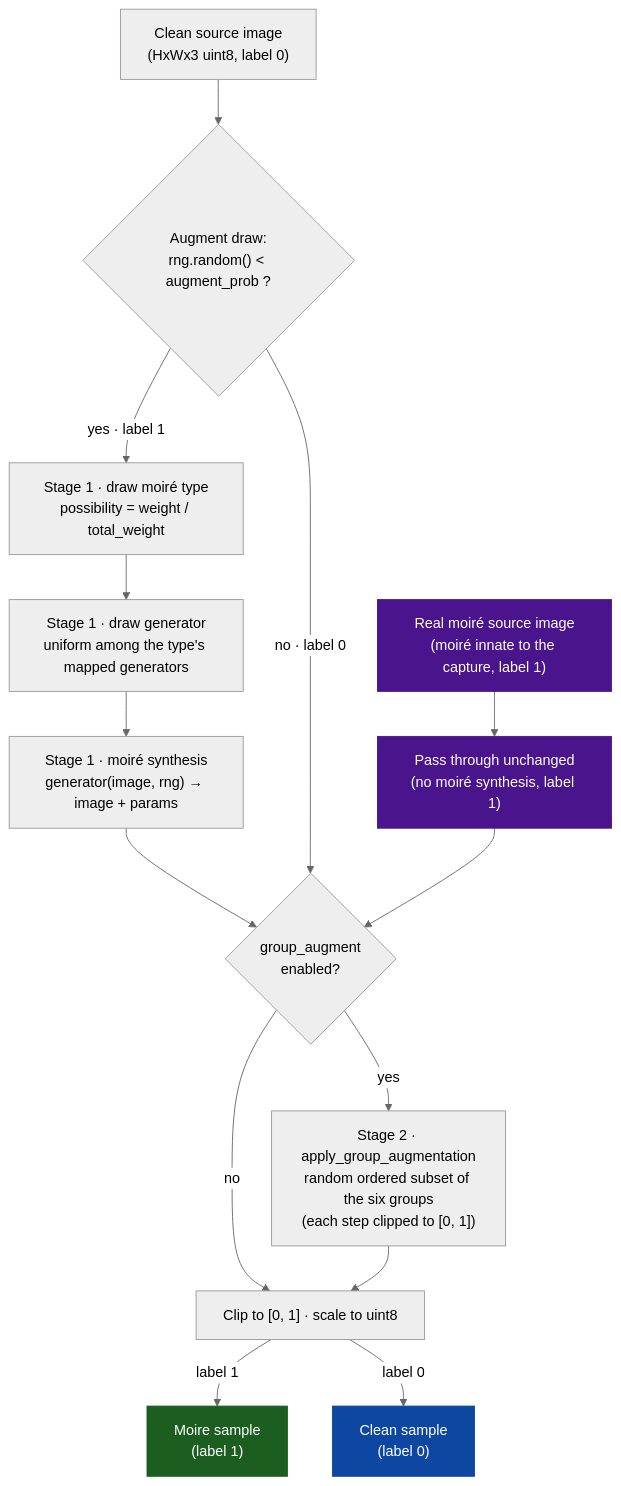
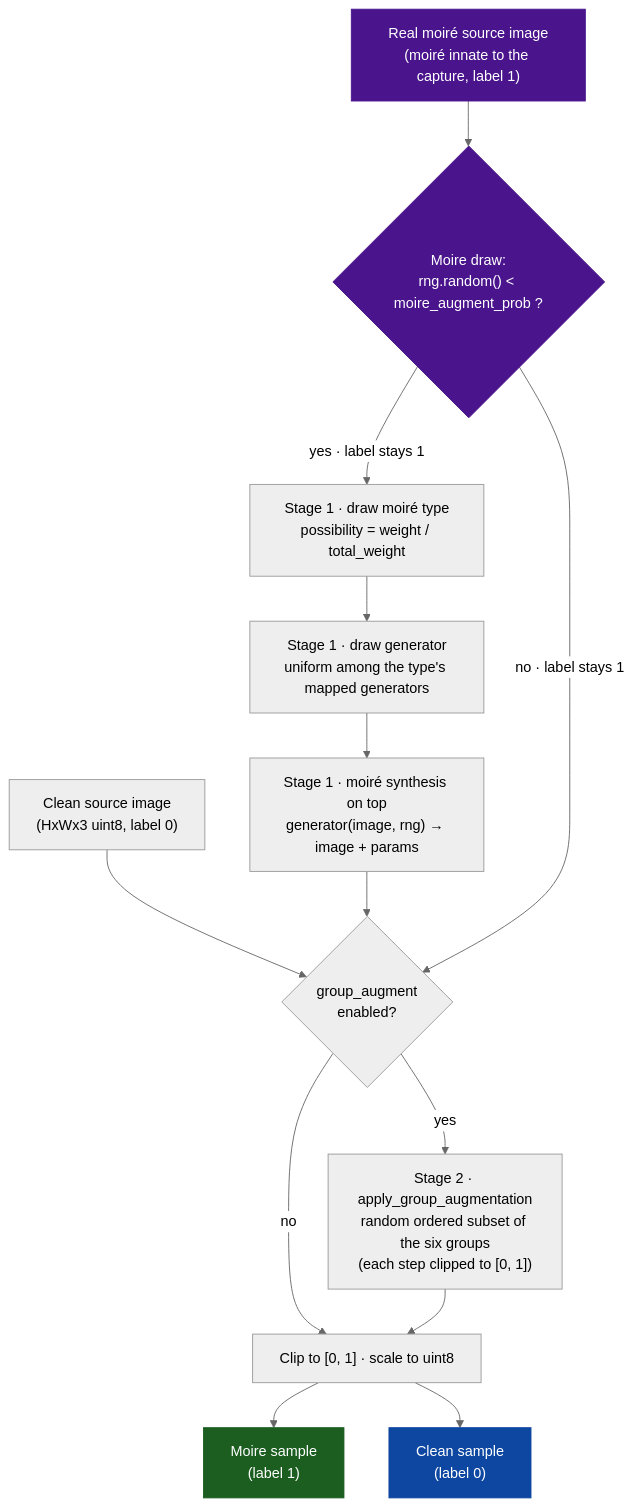
The first of 2 diagrams in docs/augmentation.md (babak-abad/Spatial-Moire-Effect-Detection), drawn with Mermaid (neutral theme) before and after one commit. The commit also changed other lines of this file and 22 other files, not shown here.

````diff
--- a/docs/augmentation.md
+++ b/docs/augmentation.md
@@ -31,20 +35,19 @@
 ```mermaid
 flowchart TD
-    A["Clean source image<br/>(HxWx3 uint8, label 0)"] --> B{"Augment draw:<br/>rng.random() < augment_prob ?"}
-    B -- "yes · label 1" --> C["Stage 1 · draw moiré type<br/>possibility = weight / total_weight"]
+    A["Clean source image<br/>(HxWx3 uint8, label 0)"] --> F{"group_augment<br/>enabled?"}
+    M["Real moiré source image<br/>(moiré innate to the capture, label 1)"] --> B{"Moire draw:<br/>rng.random() < moire_augment_prob ?"}
+    B -- "yes · label stays 1" --> C["Stage 1 · draw moiré type<br/>possibility = weight / total_weight"]
     C --> D["Stage 1 · draw generator<br/>uniform among the type's mapped generators"]
-    D --> E["Stage 1 · moiré synthesis<br/>generator(image, rng) → image + params"]
-    E --> F{"group_augment<br/>enabled?"}
-    B -- "no · label 0" --> F
+    D --> E["Stage 1 · moiré synthesis on top<br/>generator(image, rng) → image + params"]
+    E --> F
+    B -- "no · label stays 1" --> F
     F -- "no" --> H["Clip to [0, 1] · scale to uint8"]
     F -- "yes" --> G["Stage 2 · apply_group_augmentation<br/>random ordered subset of the six groups<br/>(each step clipped to [0, 1])"]
     G --> H
-    H -- "label 1" --> I["Moire sample<br/>(label 1)"]
-    H -- "label 0" --> Z["Clean sample<br/>(label 0)"]
-    M["Real moiré source image<br/>(moiré innate to the capture, label 1)"] --> P["Pass through unchanged<br/>(no moiré synthesis, label 1)"]
-    P --> F
+    H --> I["Moire sample<br/>(label 1)"]
+    H --> Z["Clean sample<br/>(label 0)"]
     style I fill:#1b5e20,stroke:#1b5e20,color:#ffffff
     style Z fill:#0d47a1,stroke:#0d47a1,color:#ffffff
     style M fill:#4a148c,stroke:#4a148c,color:#ffffff
-    style P fill:#4a148c,stroke:#4a148c,color:#ffffff
+    style B fill:#4a148c,stroke:#4a148c,color:#ffffff
 ```
````
